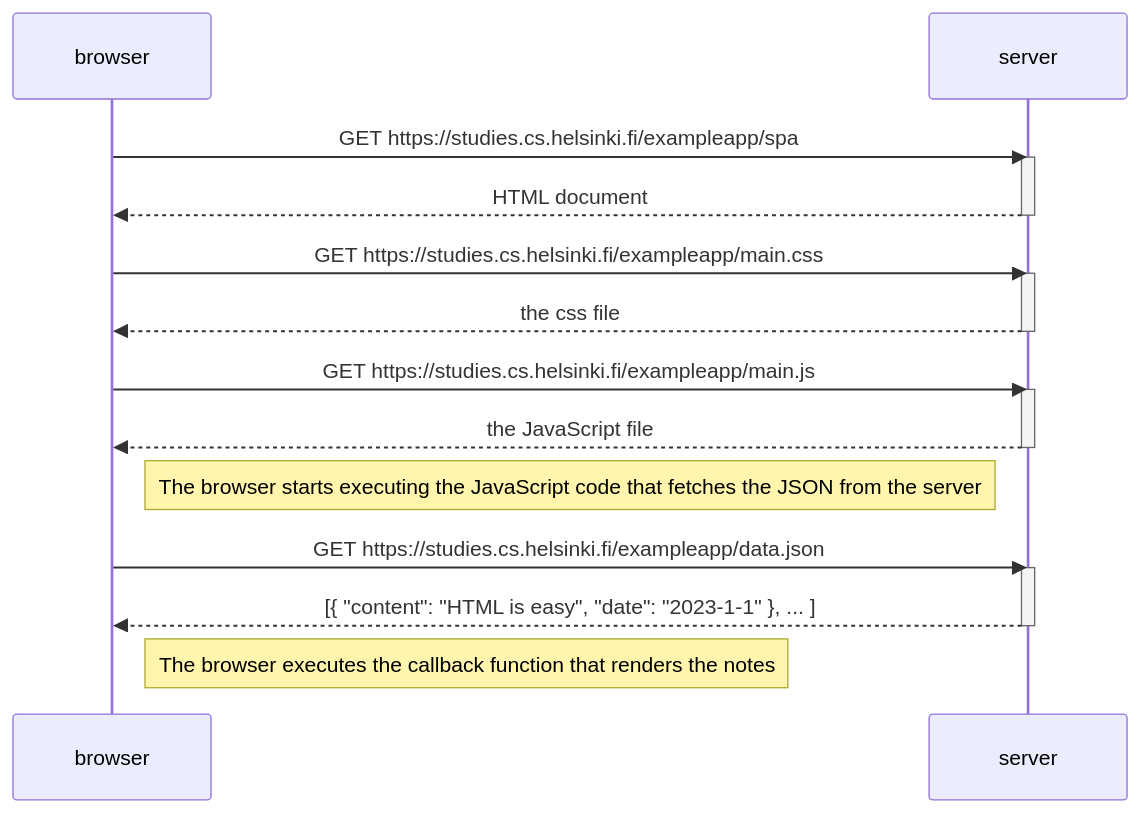
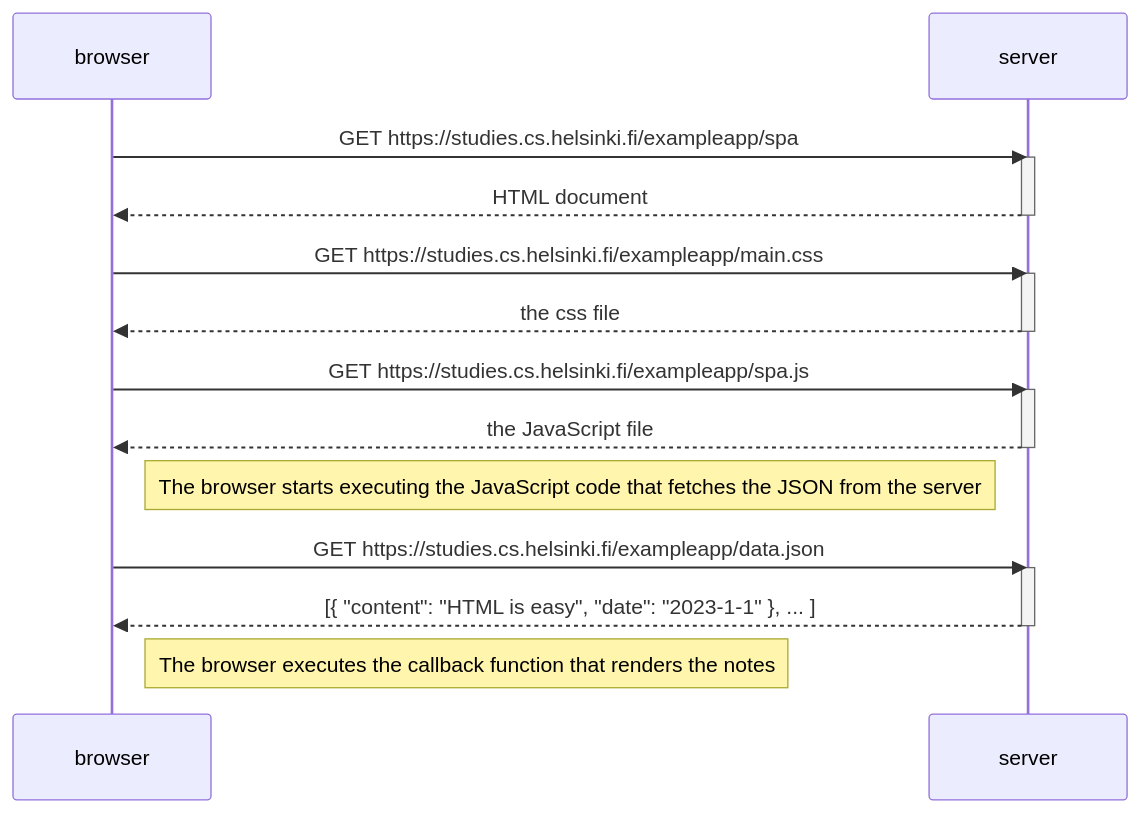
The diagram in part0/0-5.mmd (aralids/UHelsinki-FullStack-Solutions), drawn with Mermaid before and after one commit.

```diff
--- a/part0/0-5.mmd
+++ b/part0/0-5.mmd
@@ -1,27 +1,27 @@
 sequenceDiagram
     participant browser
     participant server
 
     browser->>server: GET https://studies.cs.helsinki.fi/exampleapp/spa
     activate server
     server-->>browser: HTML document
     deactivate server
 
     browser->>server: GET https://studies.cs.helsinki.fi/exampleapp/main.css
     activate server
     server-->>browser: the css file
     deactivate server
 
-    browser->>server: GET https://studies.cs.helsinki.fi/exampleapp/main.js
+    browser->>server: GET https://studies.cs.helsinki.fi/exampleapp/spa.js
     activate server
     server-->>browser: the JavaScript file
     deactivate server
 
     Note right of browser: The browser starts executing the JavaScript code that fetches the JSON from the server
 
     browser->>server: GET https://studies.cs.helsinki.fi/exampleapp/data.json
     activate server
     server-->>browser: [{ "content": "HTML is easy", "date": "2023-1-1" }, ... ]
     deactivate server
 
     Note right of browser: The browser executes the callback function that renders the notes
```
